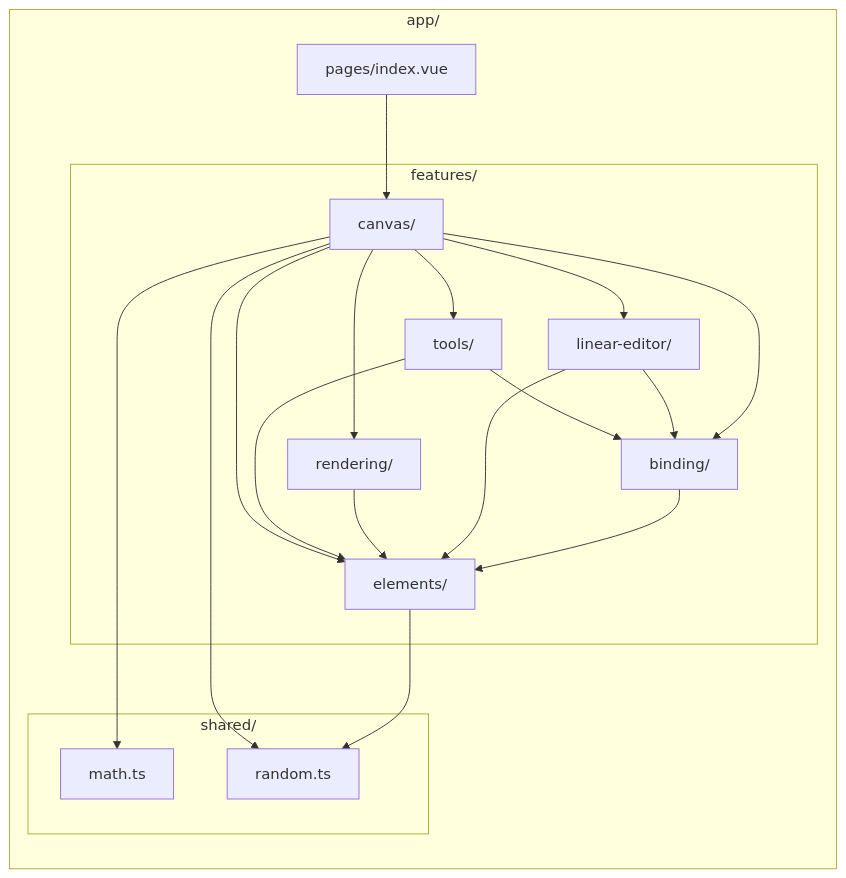
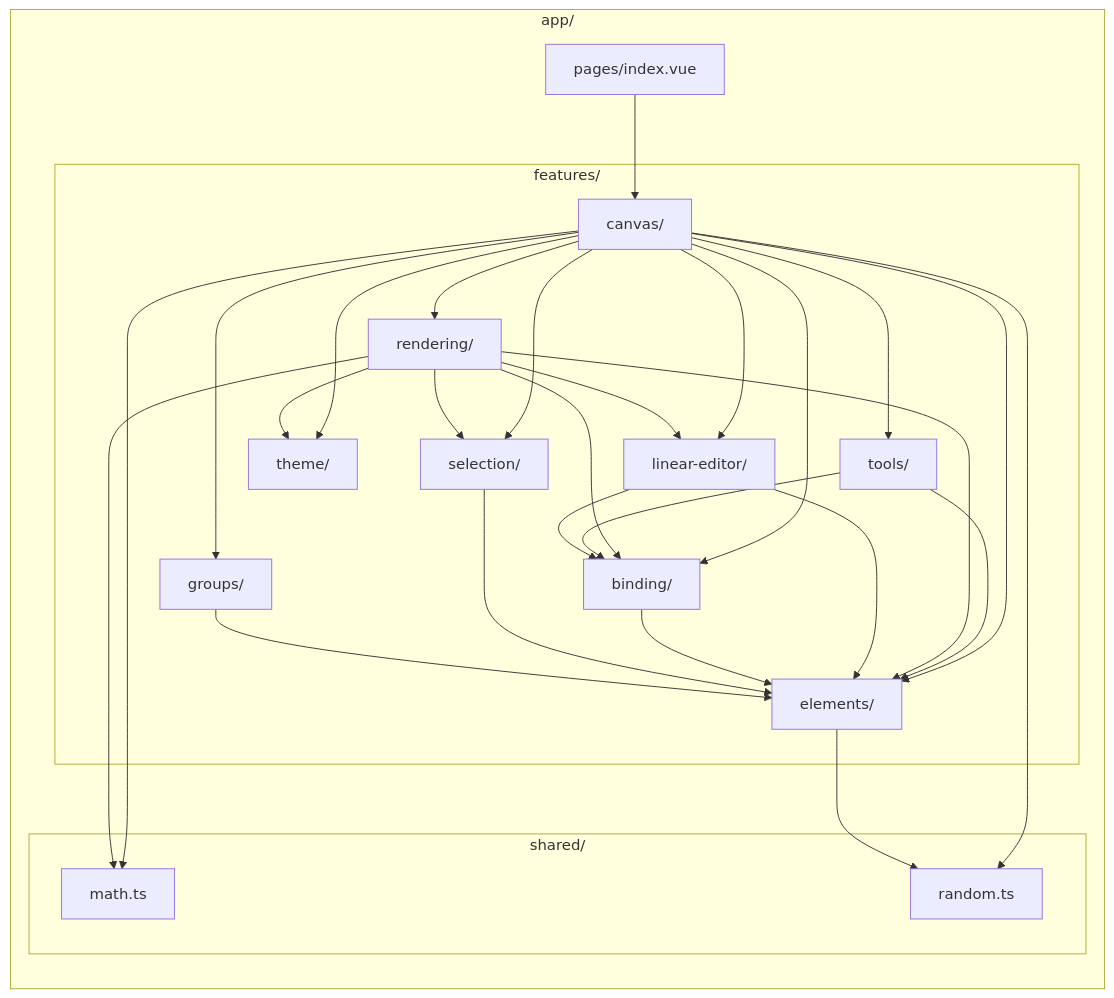
Before and after one commit to alexanderop/excalidrawNuxt: the diagram in docs/diagrams/feature-architecture.md, drawn with Mermaid. The commit also changed other lines of this file and 74 other files, not shown here.

````diff
--- a/docs/diagrams/feature-architecture.md
+++ b/docs/diagrams/feature-architecture.md
@@ -5,34 +5,47 @@
 ```mermaid
 graph LR
     subgraph "app/"
         Pages[pages/index.vue]
         subgraph "features/"
             Canvas[canvas/]
             Elements[elements/]
             Rendering[rendering/]
             Tools[tools/]
+            Selection[selection/]
             LinearEditor[linear-editor/]
             Binding[binding/]
+            Theme[theme/]
+            Groups[groups/]
         end
         subgraph "shared/"
             Math[math.ts]
             Random[random.ts]
         end
     end
 
     Pages --> Canvas
     Canvas --> Elements
     Canvas --> Rendering
     Canvas --> Tools
+    Canvas --> Selection
+    Canvas --> LinearEditor
+    Canvas --> Binding
+    Canvas --> Theme
+    Canvas --> Groups
     Tools --> Elements
     Rendering --> Elements
+    Rendering --> Theme
+    Rendering --> Selection
+    Rendering --> LinearEditor
+    Rendering --> Binding
     LinearEditor --> Elements
     Binding --> Elements
     Tools --> Binding
     LinearEditor --> Binding
-    Canvas --> Binding
-    Canvas --> LinearEditor
+    Selection --> Elements
+    Groups --> Elements
     Canvas --> Math
     Canvas --> Random
     Elements --> Random
+    Rendering --> Math
 ```
````
